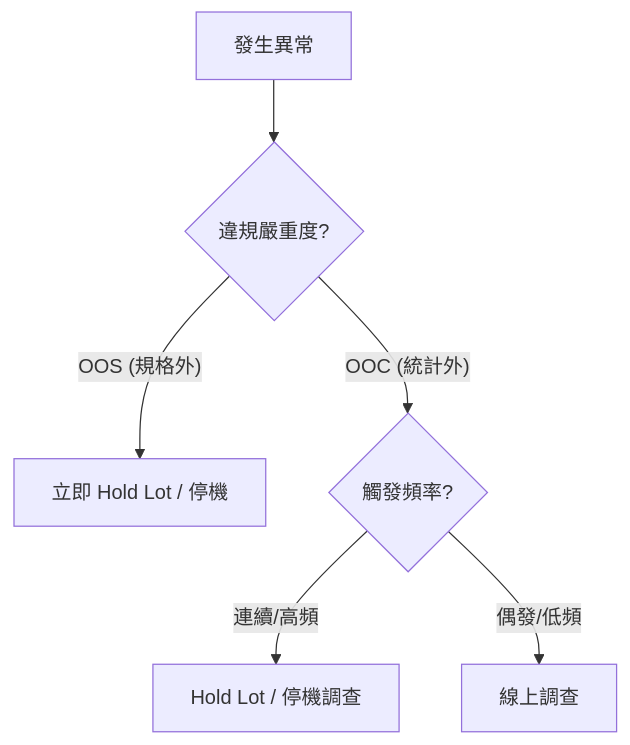
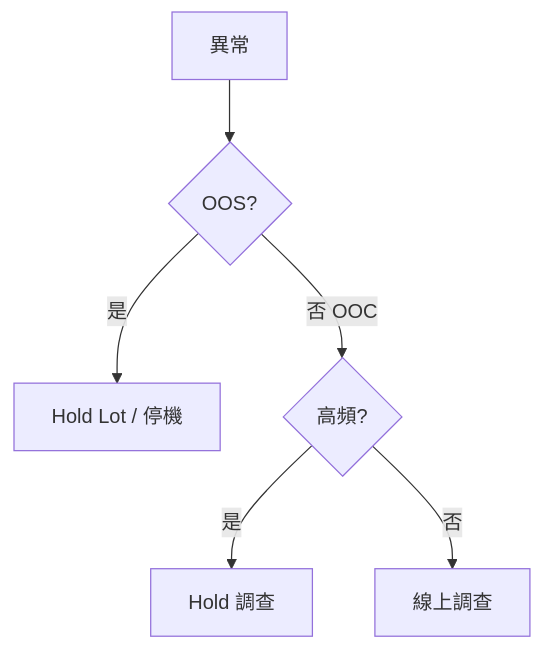
One commit to LonelyYeezhiChicken/chicken-personal changed the diagram in docs/spc/exception-handling/cross-system-integration.md. Above: the diagram before and after it, drawn with Mermaid. The commit also changed other lines of this file and 25 other files, not shown here.

````diff
--- a/docs/spc/exception-handling/cross-system-integration.md
+++ b/docs/spc/exception-handling/cross-system-integration.md
@@ -16,8 +20,8 @@
 ```mermaid
 flowchart TD
-    Event[發生異常] --> Severity{違規嚴重度?}
-    Severity -- "OOS (規格外)" --> HardHold[立即 Hold Lot / 停機]
-    Severity -- "OOC (統計外)" --> Frequency{觸發頻率?}
-    Frequency -- "連續/高頻" --> SoftHold[Hold Lot / 停機調查]
-    Frequency -- "偶發/低頻" --> Investigate[線上調查]
+  Event[異常] --> Sev{OOS?}
+  Sev -->|是| Hard[Hold Lot / 停機]
+  Sev -->|否 OOC| Freq{高頻?}
+  Freq -->|是| Soft[Hold 調查]
+  Freq -->|否| Watch[線上調查]
 ```
````
